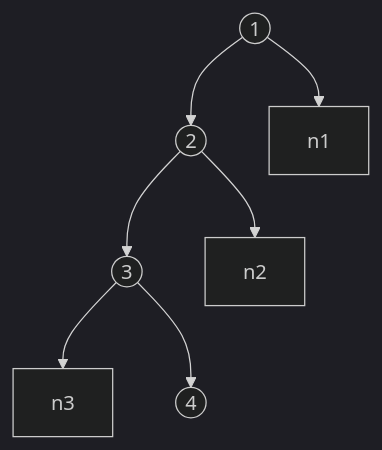
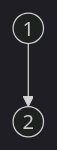
The first of 2 diagrams in 数据结构/Tree/AVL/BST/Readme.md (Daniel-Wei/Algo_DS_Notes), drawn with Mermaid (dark theme) before and after one commit. The commit also changed other lines of this file, not shown here.

````diff
--- a/数据结构/Tree/AVL/BST/Readme.md
+++ b/数据结构/Tree/AVL/BST/Readme.md
@@ -6,16 +6,9 @@
 ```mermaid 
 graph TB;
 
 1((1))
 2((2))
-3((3))
-4((4))
 
-1-->n1
 1-->2
-2-->n2
-2-->3
-3-->n3
-3-->4
 
 ```
````
